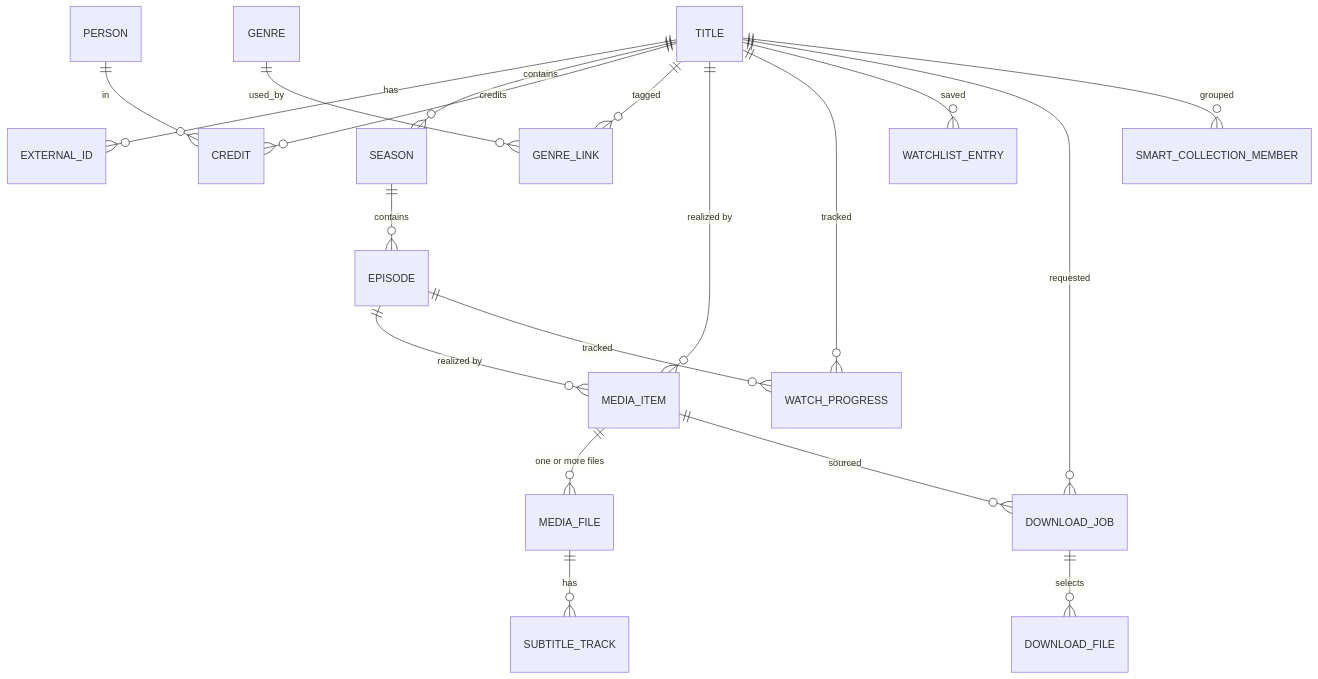
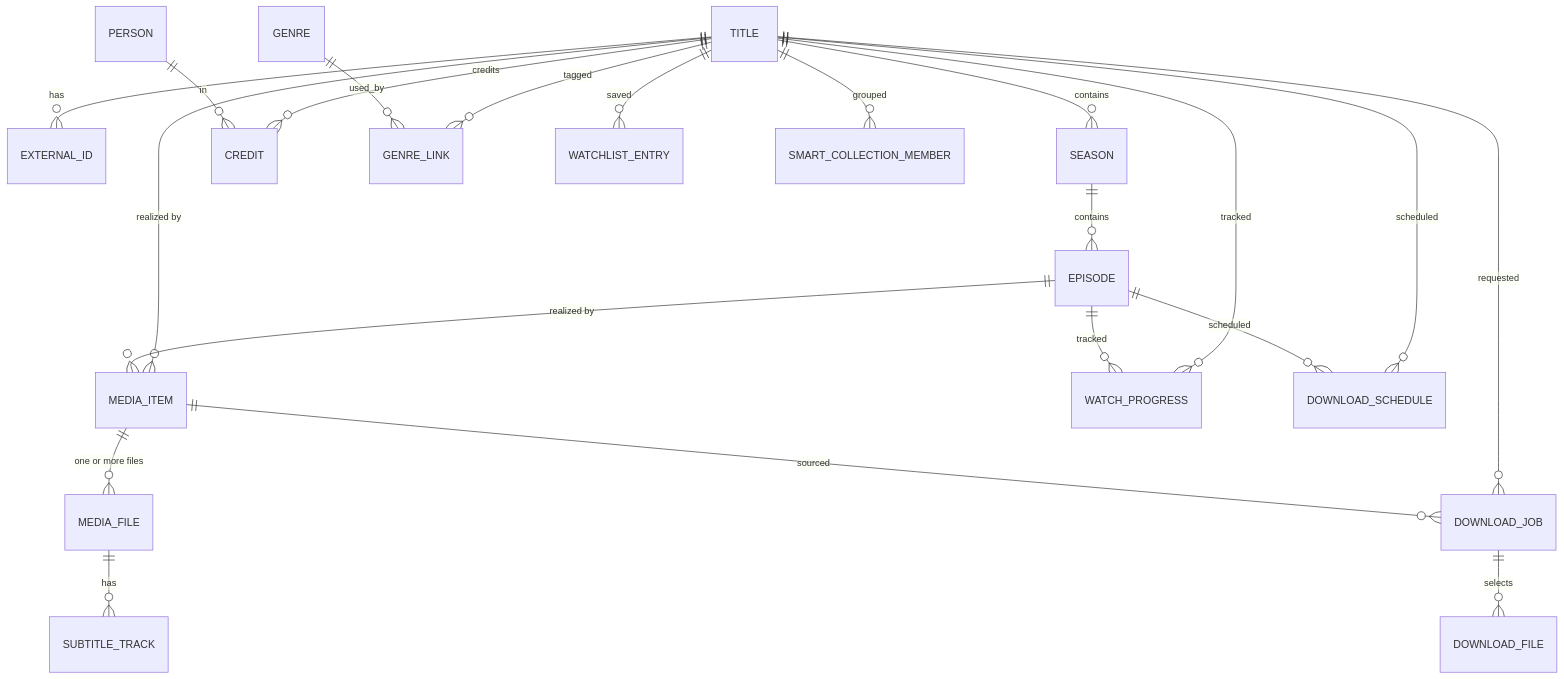
The seventh of 9 diagrams in docs/ARCHITECTURE.md (DavidNgugi/peregrine), drawn with Mermaid before and after one commit. The commit also changed other lines of this file and 9 other files, not shown here.

````diff
--- a/docs/ARCHITECTURE.md
+++ b/docs/ARCHITECTURE.md
@@ -390,21 +392,23 @@
 ```mermaid
 erDiagram
     TITLE ||--o{ EXTERNAL_ID : has
     TITLE ||--o{ SEASON : contains
     SEASON ||--o{ EPISODE : contains
     TITLE ||--o{ CREDIT : credits
     PERSON ||--o{ CREDIT : in
     TITLE ||--o{ GENRE_LINK : tagged
     GENRE ||--o{ GENRE_LINK : used_by
     TITLE ||--o{ MEDIA_ITEM : "realized by"
     EPISODE ||--o{ MEDIA_ITEM : "realized by"
     MEDIA_ITEM ||--o{ MEDIA_FILE : "one or more files"
     MEDIA_FILE ||--o{ SUBTITLE_TRACK : has
     TITLE ||--o{ WATCH_PROGRESS : tracked
     EPISODE ||--o{ WATCH_PROGRESS : tracked
     TITLE ||--o{ WATCHLIST_ENTRY : saved
     TITLE ||--o{ DOWNLOAD_JOB : requested
+    TITLE ||--o{ DOWNLOAD_SCHEDULE : scheduled
+    EPISODE ||--o{ DOWNLOAD_SCHEDULE : scheduled
     DOWNLOAD_JOB ||--o{ DOWNLOAD_FILE : selects
     MEDIA_ITEM ||--o{ DOWNLOAD_JOB : sourced
     TITLE ||--o{ SMART_COLLECTION_MEMBER : grouped
 ```
````
